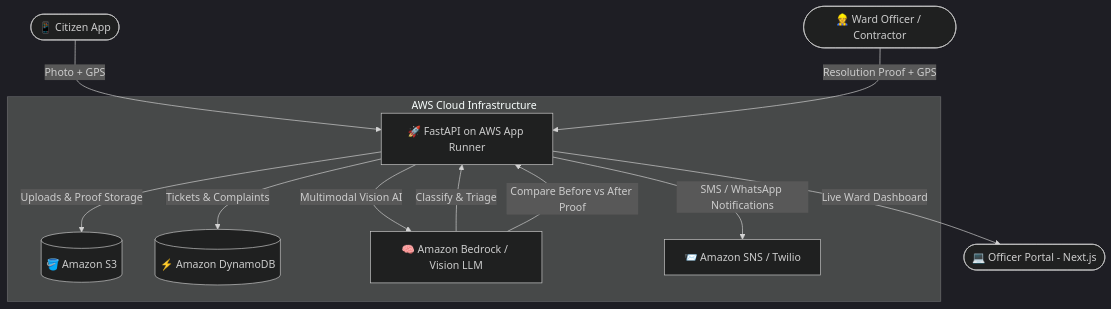
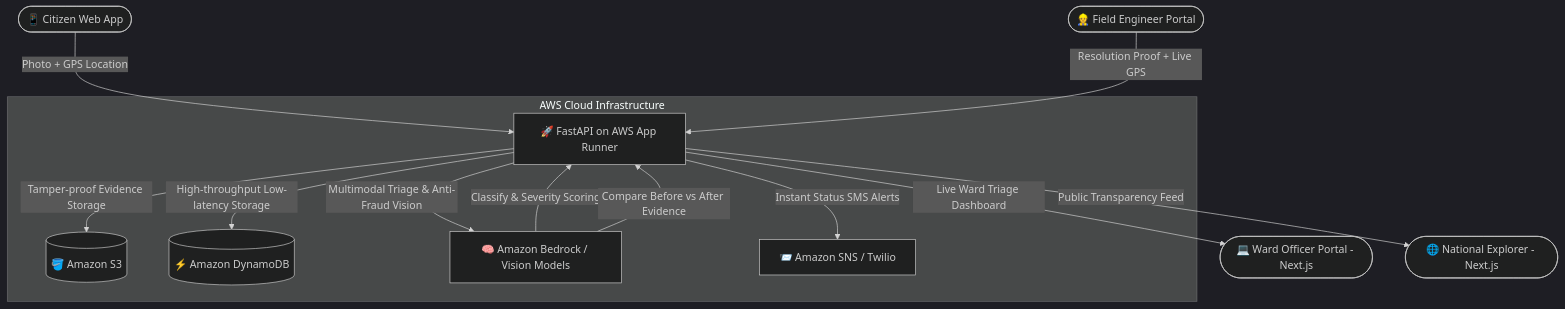
The diagram in README.md (code-1705/CivicFix), drawn with Mermaid (dark theme) before and after one commit. The commit also changed other lines of this file, not shown here.

````diff
--- a/README.md
+++ b/README.md
@@ -36,16 +53,17 @@
 ```mermaid
 flowchart TD
-    Citizen([📱 Citizen App]) -->|Photo + GPS| API[🚀 FastAPI on AWS App Runner]
-    Officer([👷 Ward Officer / Contractor]) -->|Resolution Proof + GPS| API
+    Citizen([📱 Citizen Web App]) -->|Photo + GPS Location| API[🚀 FastAPI on AWS App Runner]
+    Officer([👷 Field Engineer Portal]) -->|Resolution Proof + Live GPS| API
     
     subgraph AWS Cloud Infrastructure
-        API -->|Uploads & Proof Storage| S3[(🪣 Amazon S3)]
-        API -->|Tickets & Complaints| DDB[(⚡ Amazon DynamoDB)]
-        API -->|Multimodal Vision AI| Bedrock[🧠 Amazon Bedrock / Vision LLM]
-        API -->|SMS / WhatsApp Notifications| SNS[📨 Amazon SNS / Twilio]
+        API -->|Tamper-proof Evidence Storage| S3[(🪣 Amazon S3)]
+        API -->|High-throughput Low-latency Storage| DDB[(⚡ Amazon DynamoDB)]
+        API -->|Multimodal Triage & Anti-Fraud Vision| Bedrock[🧠 Amazon Bedrock / Vision Models]
+        API -->|Instant Status SMS Alerts| SNS[📨 Amazon SNS / Twilio]
     end
     
-    Bedrock -->|Classify & Triage| API
-    Bedrock -->|Compare Before vs After Proof| API
-    API -->|Live Ward Dashboard| WardUI([💻 Officer Portal - Next.js])
+    Bedrock -->|Classify & Severity Scoring| API
+    Bedrock -->|Compare Before vs After Evidence| API
+    API -->|Live Ward Triage Dashboard| WardUI([💻 Ward Officer Portal - Next.js])
+    API -->|Public Transparency Feed| Explorer([🌐 National Explorer - Next.js])
 ```
````
